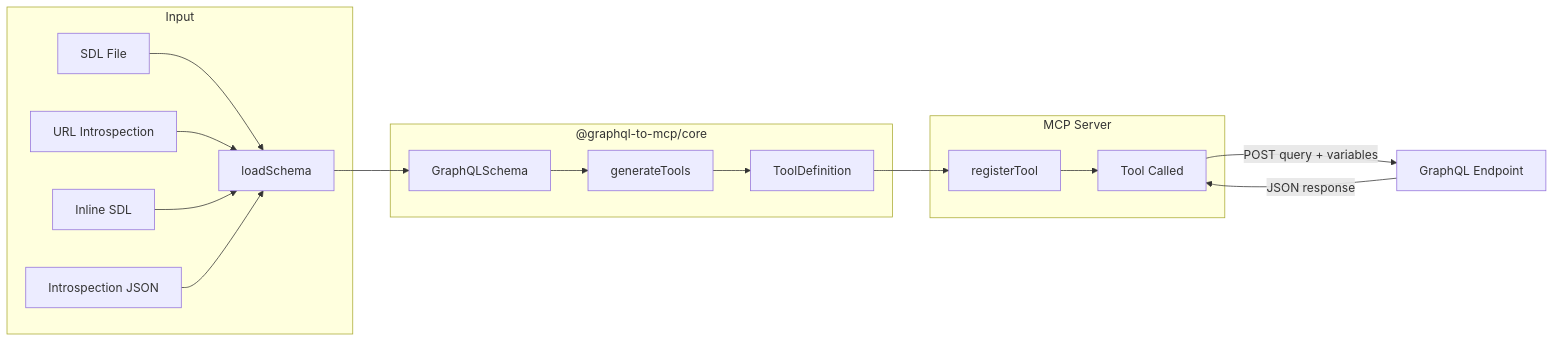
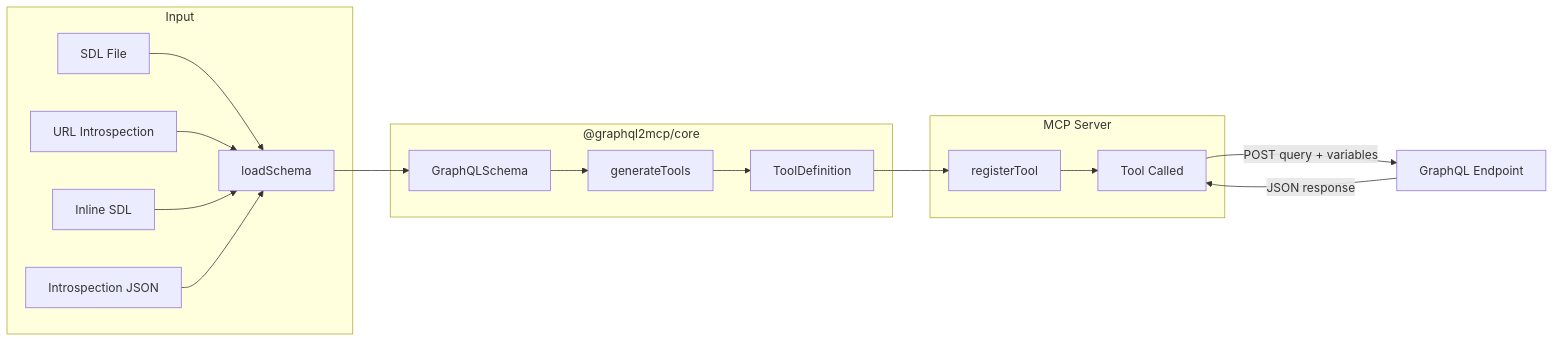
The diagram in README.md (KKonstantinov/graphql2mcp), drawn with Mermaid before and after one commit. The commit also changed other lines of this file and 55 other files, not shown here.

Commit message:
rename to graphql2mcp

````diff
--- a/README.md
+++ b/README.md
@@ -68,24 +68,24 @@
 ```mermaid
 flowchart LR
     subgraph Input
         A[SDL File] --> L
         B[URL Introspection] --> L
         C[Inline SDL] --> L
         D[Introspection JSON] --> L
     end
 
     L[loadSchema] --> S[GraphQLSchema]
 
-    subgraph "@graphql-to-mcp/core"
+    subgraph "@graphql2mcp/core"
         S --> G[generateTools]
         G --> T[ToolDefinition]
     end
 
     subgraph MCP Server
         T --> R[registerTool]
         R --> Q[Tool Called]
     end
 
     Q -->|POST query + variables| E[GraphQL Endpoint]
     E -->|JSON response| Q
 ```
````
